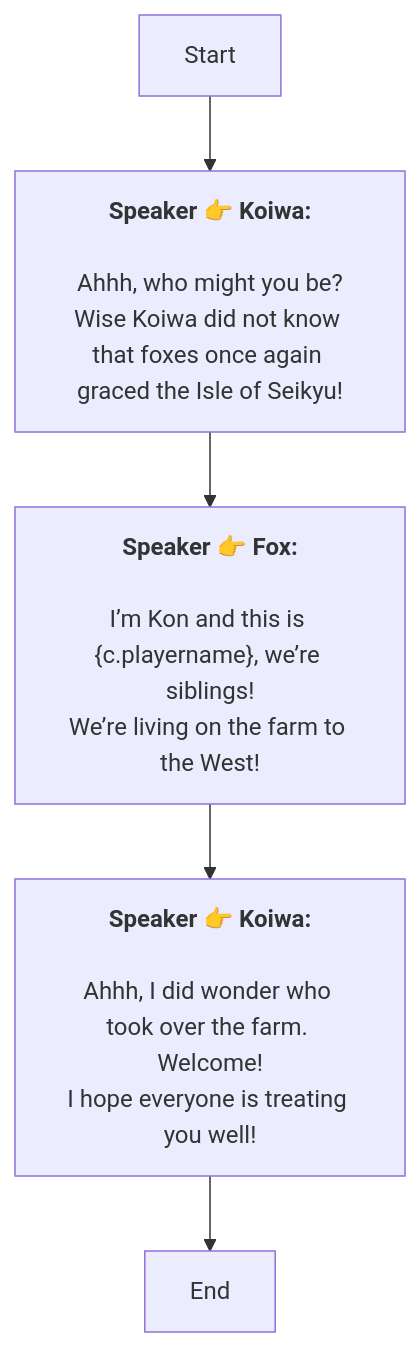
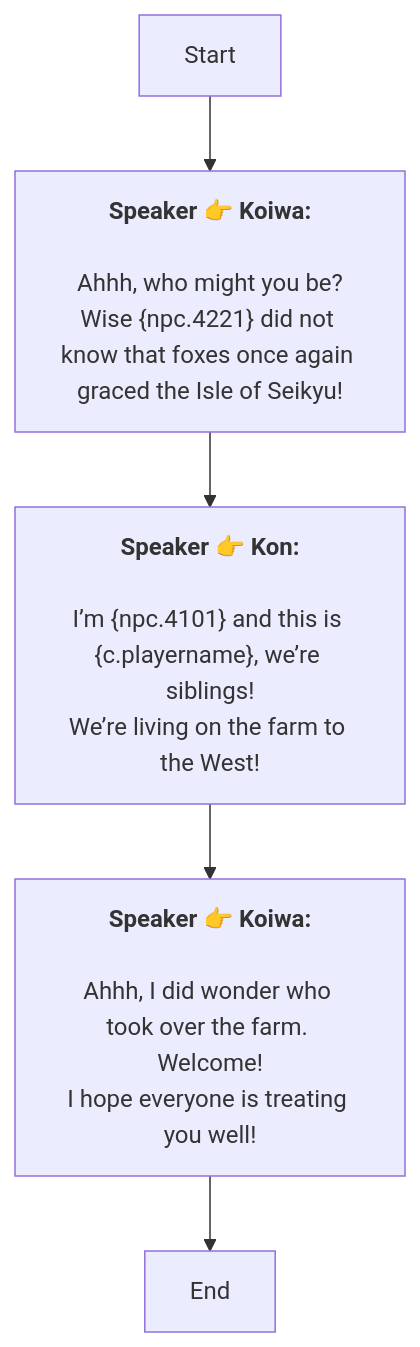
One commit to SoftHu/tos_avg changed the diagram in En/AddDialogNode_1777940600253102.md. Above: the diagram before and after it, drawn with Mermaid. The commit also changed 730 other files, not shown here.

````diff
--- a/En/AddDialogNode_1777940600253102.md
+++ b/En/AddDialogNode_1777940600253102.md
@@ -1,15 +1,15 @@
 ```mermaid
 graph
 Start -->1777940632808113[<b>Speaker 👉 Koiwa:</b>
 \nAhhh, who might you be?
-Wise Koiwa did not know that foxes once again graced the Isle of Seikyu!]
-1777940632808113 -->1777940855095996[<b>Speaker 👉 Fox:</b>
-\nI’m Kon and this is &lbrace;c.playername&rbrace;, we’re siblings!
+Wise &lbrace;npc.4221&rbrace; did not know that foxes once again graced the Isle of Seikyu!]
+1777940632808113 -->1777940855095996[<b>Speaker 👉 Kon:</b>
+\nI’m &lbrace;npc.4101&rbrace; and this is &lbrace;c.playername&rbrace;, we’re siblings!
 We’re living on the farm to the West!]
 1777940855095996 -->1777940857928383[<b>Speaker 👉 Koiwa:</b>
 \nAhhh, I did wonder who took over the farm. 
 Welcome!
 I hope everyone is treating you well!]
 1777940857928383 -->1777940863460035[End]
 
 ```
````
